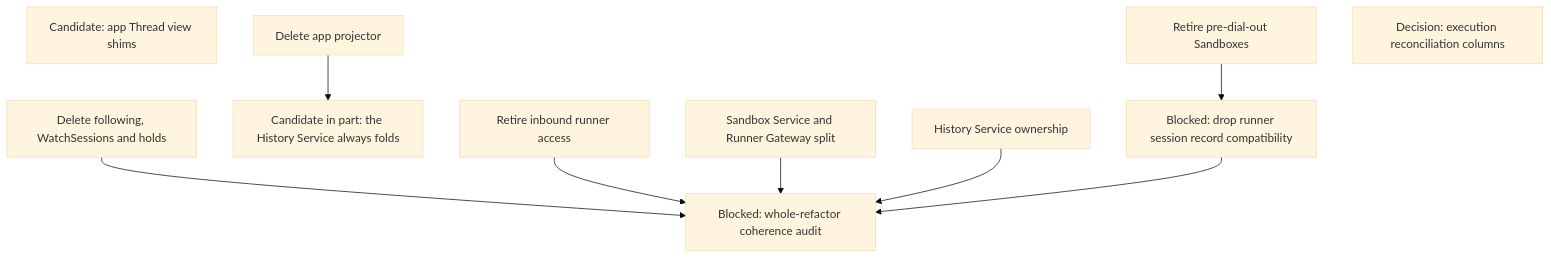
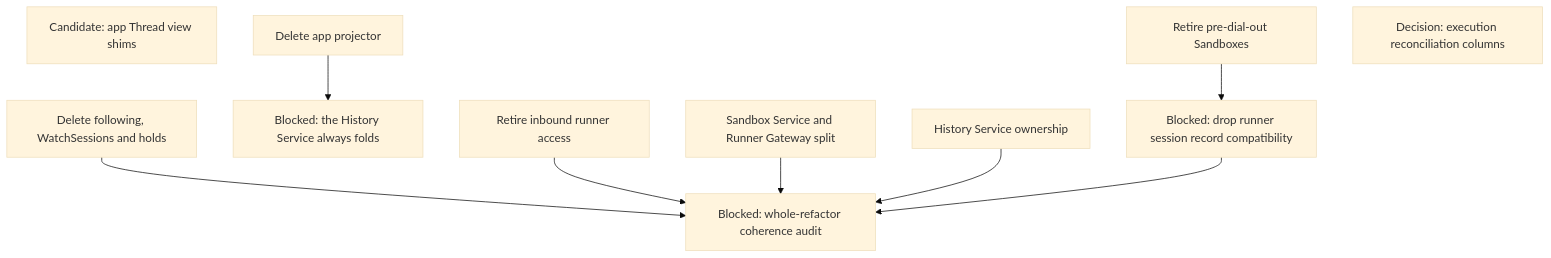
One commit to agentydragon/ducktape changed diagram 11 of 12 in agentplane/plans/task_dag.md. Above: the diagram before and after it, drawn with Mermaid (base theme). The commit also changed other lines of this file, not shown here.

First line of the commit message:
agentplane/plans: keep raw reads up when the fold stops; surface it instead

````diff
--- a/agentplane/plans/task_dag.md
+++ b/agentplane/plans/task_dag.md
@@ -860,16 +860,16 @@
 ```mermaid
 flowchart TD
     APP_THREAD_VIEW_CLEANUP[Candidate: app Thread view shims]
     RUNNER_SESSION_RECORD_SHIMS[Blocked: drop runner session record compatibility]
     LEGACY_SANDBOX_RETIRE[Retire pre-dial-out Sandboxes]
     LEGACY_SANDBOX_RETIRE --> RUNNER_SESSION_RECORD_SHIMS
-    HISTORY_FOLD_ALWAYS_ON[Candidate in part: the History Service always folds]
+    HISTORY_FOLD_ALWAYS_ON[Blocked: the History Service always folds]
     APP_PROJECTOR_RETIRE[Delete app projector] --> HISTORY_FOLD_ALWAYS_ON
     ACTION_EXECUTION_AUDIT_TRIM[Decision: execution reconciliation columns]
     REFACTOR_COHERENCE_AUDIT[Blocked: whole-refactor coherence audit]
     FOLLOW_PATH_RETIRE[Delete following, WatchSessions and holds] --> REFACTOR_COHERENCE_AUDIT
     RUNNER_INBOUND_RETIRE[Retire inbound runner access] --> REFACTOR_COHERENCE_AUDIT
     SANDBOX_SERVICE_DEPLOYMENT_SPLIT[Sandbox Service and Runner Gateway split] --> REFACTOR_COHERENCE_AUDIT
     HISTORY_SERVICE_OWNERSHIP[History Service ownership] --> REFACTOR_COHERENCE_AUDIT
     RUNNER_SESSION_RECORD_SHIMS --> REFACTOR_COHERENCE_AUDIT
 ```
````
